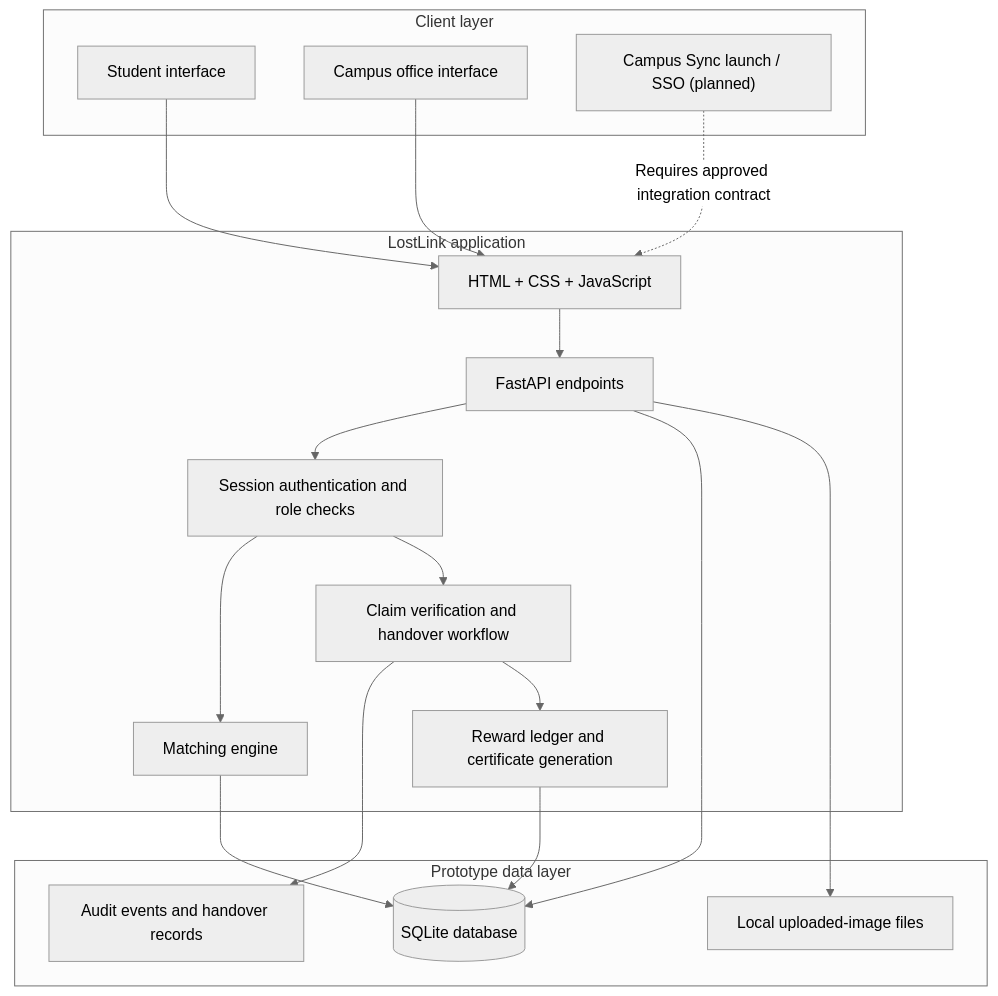
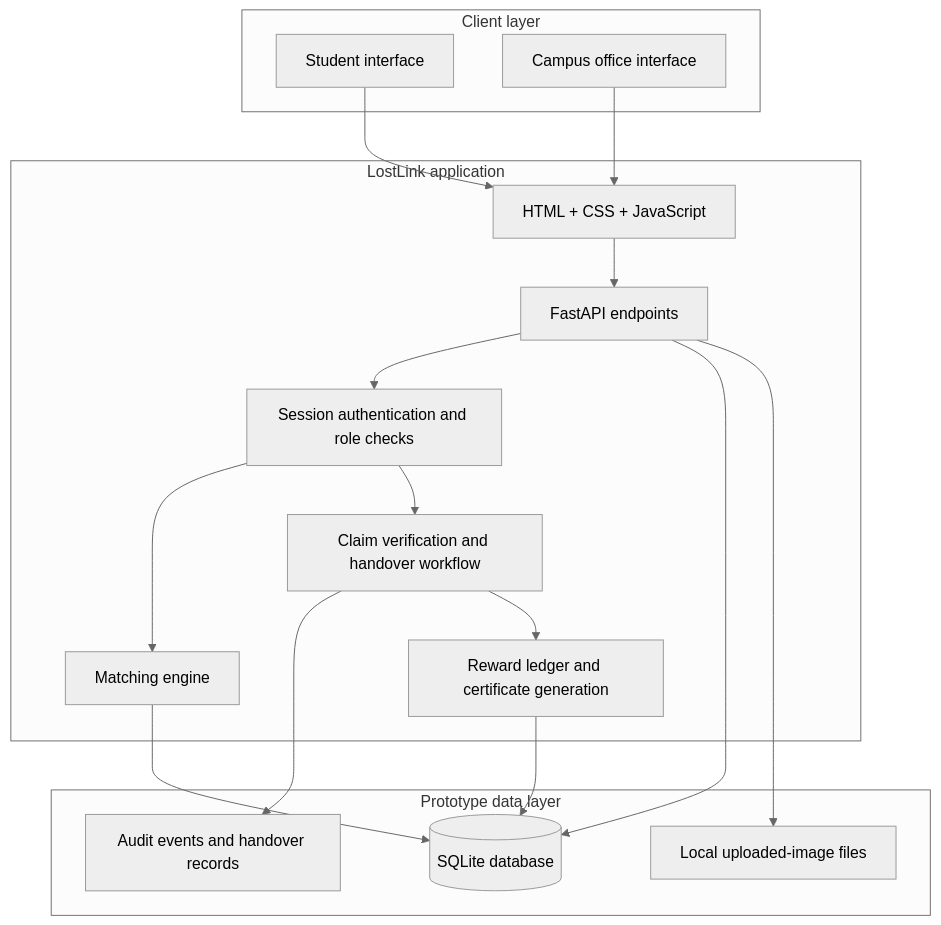
Before and after one commit to mjtheoj/DejaVu: the fourth of 5 diagrams in ROUND_1_JURY.md, drawn with Mermaid (neutral theme). The commit also changed other lines of this file and 5 other files, not shown here.

Commit message:
Consolidate evaluation docs and refresh architecture guide

````diff
--- a/ROUND_1_JURY.md
+++ b/ROUND_1_JURY.md
@@ -161,34 +161,32 @@
 ```mermaid
 flowchart TB
     subgraph CLIENT["Client layer"]
       S["Student interface"]
       O["Campus office interface"]
-      CS["Campus Sync launch / SSO (planned)"]
     end
     subgraph APP["LostLink application"]
       UI["HTML + CSS + JavaScript"]
       API["FastAPI endpoints"]
       AUTH["Session authentication and role checks"]
       MATCH["Matching engine"]
       CLAIM["Claim verification and handover workflow"]
       REWARD["Reward ledger and certificate generation"]
     end
     subgraph DATA["Prototype data layer"]
       DB[("SQLite database")]
       FILES["Local uploaded-image files"]
       AUDIT["Audit events and handover records"]
     end
     S --> UI
     O --> UI
-    CS -. "Requires approved integration contract" .-> UI
     UI --> API
     API --> AUTH
     AUTH --> MATCH
     AUTH --> CLAIM
     API --> DB
     API --> FILES
     CLAIM --> AUDIT
     CLAIM --> REWARD
     REWARD --> DB
     MATCH --> DB
 ```
````
